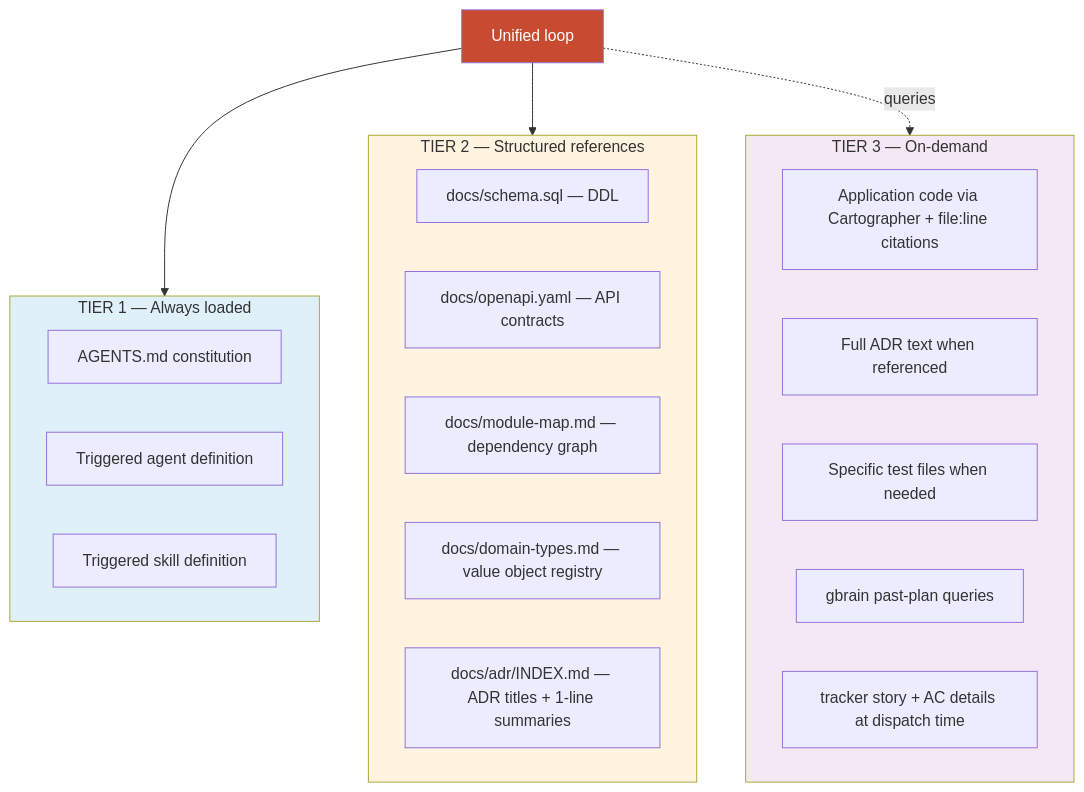
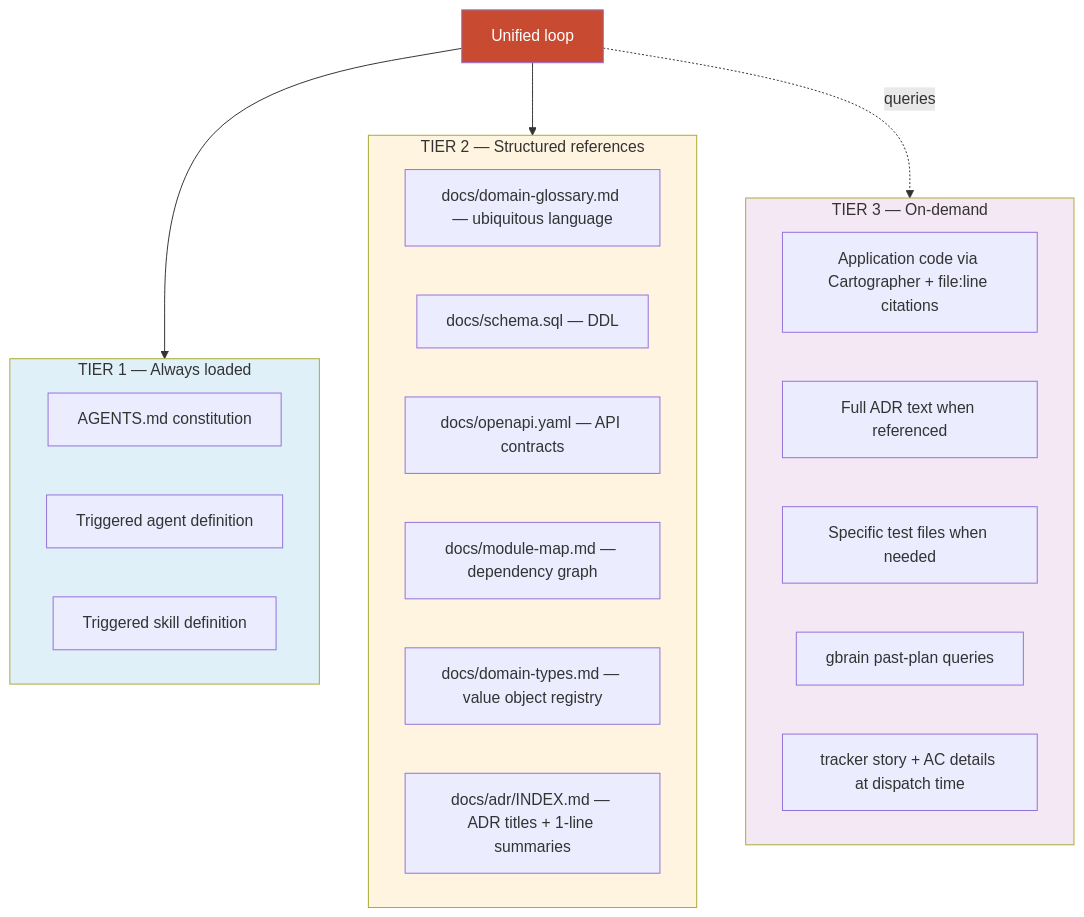
One commit to nlawstudio/ai-refinement-method changed diagram 16 of 17 in METHOD.md. Above: the diagram before and after it, drawn with Mermaid. The commit also changed other lines of this file and 28 other files, not shown here.

````diff
--- a/METHOD.md
+++ b/METHOD.md
@@ -1163,33 +1214,34 @@
 ```mermaid
 flowchart TB
     subgraph Always["TIER 1 — Always loaded"]
         A1[AGENTS.md constitution]
         A2[Triggered agent definition]
         A3[Triggered skill definition]
     end
 
     subgraph Structured["TIER 2 — Structured references"]
+        S0[docs/domain-glossary.md — ubiquitous language]
         S1[docs/schema.sql — DDL]
         S2[docs/openapi.yaml — API contracts]
         S3[docs/module-map.md — dependency graph]
         S4[docs/domain-types.md — value object registry]
         S5[docs/adr/INDEX.md — ADR titles + 1-line summaries]
     end
 
     subgraph OnDemand["TIER 3 — On-demand"]
         O1[Application code via Cartographer + file:line citations]
         O2[Full ADR text when referenced]
         O3[Specific test files when needed]
         O4[gbrain past-plan queries]
         O5[tracker story + AC details at dispatch time]
     end
 
     Loop[Unified loop] --> Always
     Loop --> Structured
     Loop -.queries.-> OnDemand
 
     style Loop fill:#C84B31,color:#fff
     style Always fill:#e0f0f8
     style Structured fill:#fff4e0
     style OnDemand fill:#f4e8f4
 ```
````
